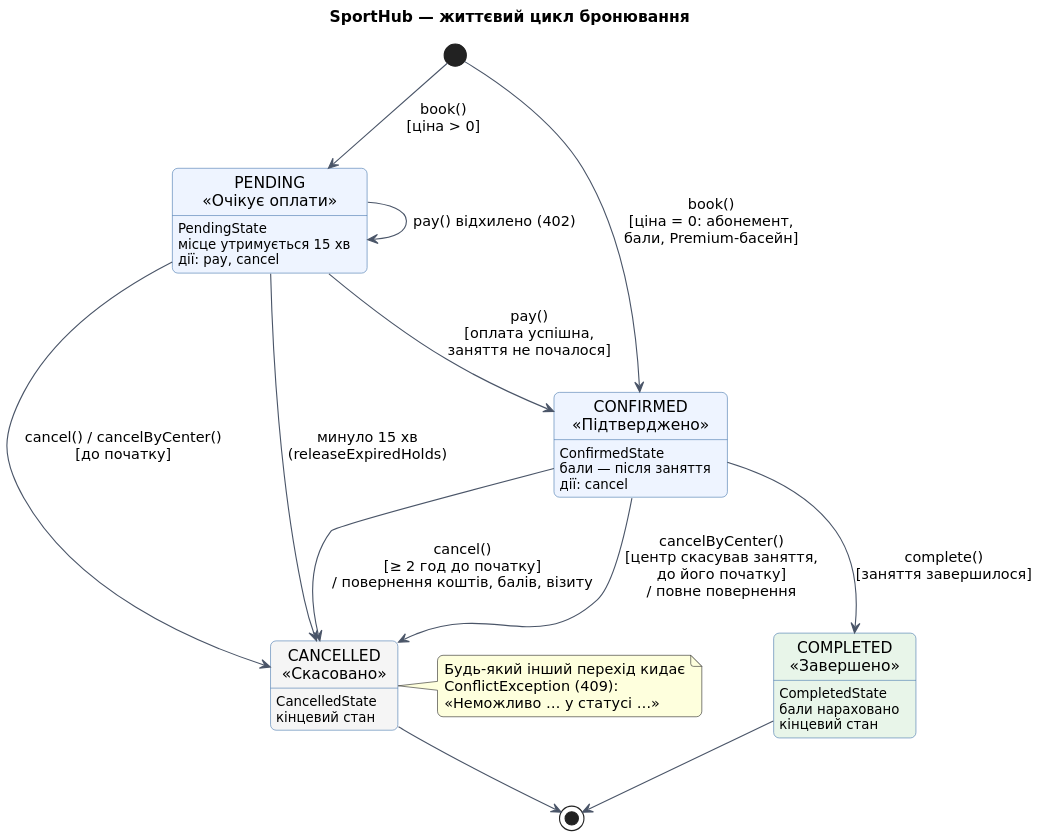
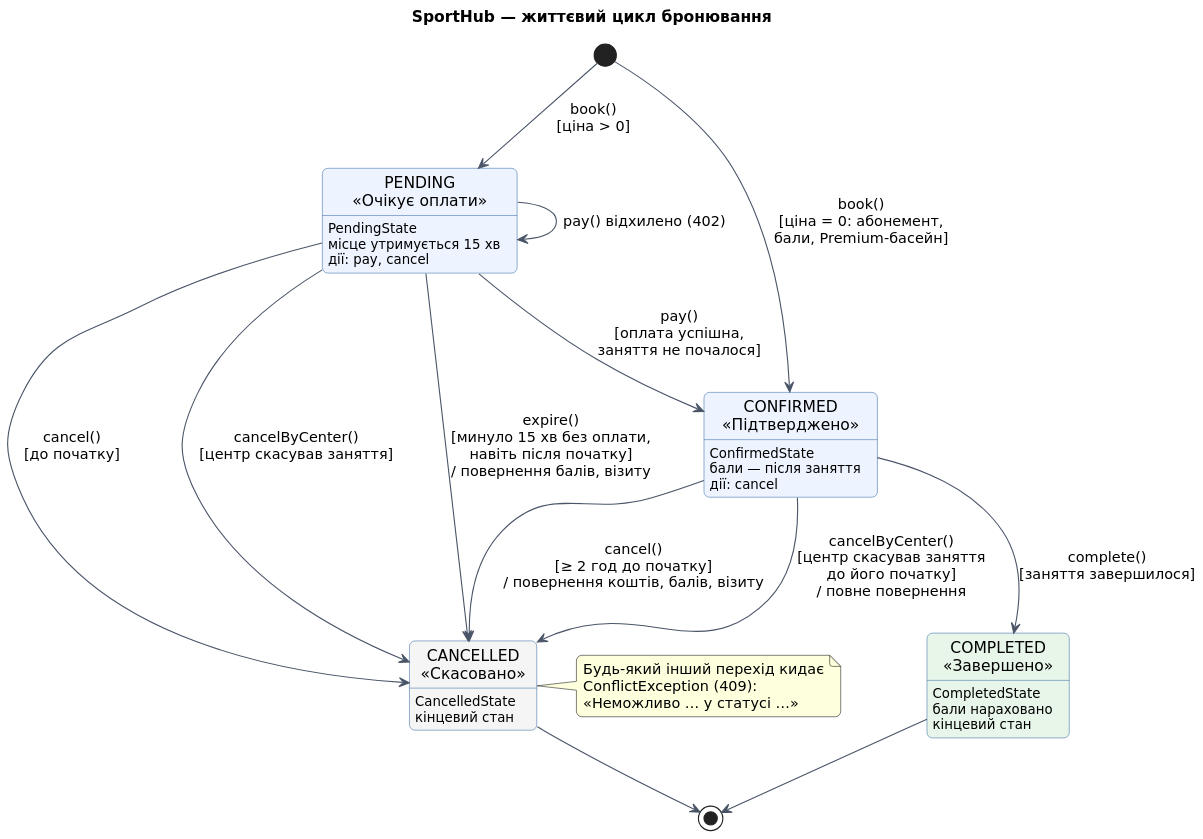
Before and after one commit to yuriivynar/sports-booking-service: the diagram in docs/diagrams/booking-state.puml, drawn with PlantUML. The commit also changed 3 other files, not shown here.

Commit message:
docs: add the expire transition to the state and class diagrams

```diff
--- a/docs/diagrams/booking-state.puml
+++ b/docs/diagrams/booking-state.puml
@@ -1,41 +1,42 @@
 @startuml booking-state
 ' Діаграма станів бронювання (патерн State: один клас на стан).
 ' Згенерувати PNG: docker run --rm -v "$PWD/docs/diagrams:/data" plantuml/plantuml -tpng /data/booking-state.puml
 
 skinparam dpi 150
 skinparam defaultFontName "DejaVu Sans"
 skinparam shadowing false
 skinparam roundcorner 10
 skinparam ArrowColor #4A5568
 skinparam state {
   BorderColor #3B6EA8
   BackgroundColor #EEF4FF
 }
 
 title SportHub — життєвий цикл бронювання
 
 [*] --> PENDING : book()\n[ціна > 0]
 [*] --> CONFIRMED : book()\n[ціна = 0: абонемент,\nбали, Premium-басейн]
 
 state "PENDING\n«Очікує оплати»" as PENDING : PendingState\nмісце утримується 15 хв\nдії: pay, cancel
 state "CONFIRMED\n«Підтверджено»" as CONFIRMED : ConfirmedState\nбали — після заняття\nдії: cancel
 state "CANCELLED\n«Скасовано»" as CANCELLED #F5F5F5 : CancelledState\nкінцевий стан
 state "COMPLETED\n«Завершено»" as COMPLETED #E8F5E9 : CompletedState\nбали нараховано\nкінцевий стан
 
 PENDING --> CONFIRMED : pay()\n[оплата успішна,\nзаняття не почалося]
 PENDING --> PENDING : pay() відхилено (402)
-PENDING --> CANCELLED : cancel() / cancelByCenter()\n[до початку]
-PENDING --> CANCELLED : минуло 15 хв\n(releaseExpiredHolds)
+PENDING --> CANCELLED : cancel()\n[до початку]
+PENDING --> CANCELLED : cancelByCenter()\n[центр скасував заняття]
+PENDING --> CANCELLED : expire()\n[минуло 15 хв без оплати,\nнавіть після початку]\n/ повернення балів, візиту
 CONFIRMED --> CANCELLED : cancel()\n[≥ 2 год до початку]\n/ повернення коштів, балів, візиту
-CONFIRMED --> CANCELLED : cancelByCenter()\n[центр скасував заняття,\nдо його початку]\n/ повне повернення
+CONFIRMED --> CANCELLED : cancelByCenter()\n[центр скасував заняття\nдо його початку]\n/ повне повернення
 CONFIRMED --> COMPLETED : complete()\n[заняття завершилося]
 
 CANCELLED --> [*]
 COMPLETED --> [*]
 
 note right of CANCELLED
   Будь-який інший перехід кидає
   ConflictException (409):
   «Неможливо … у статусі …»
 end note
 @enduml
```
